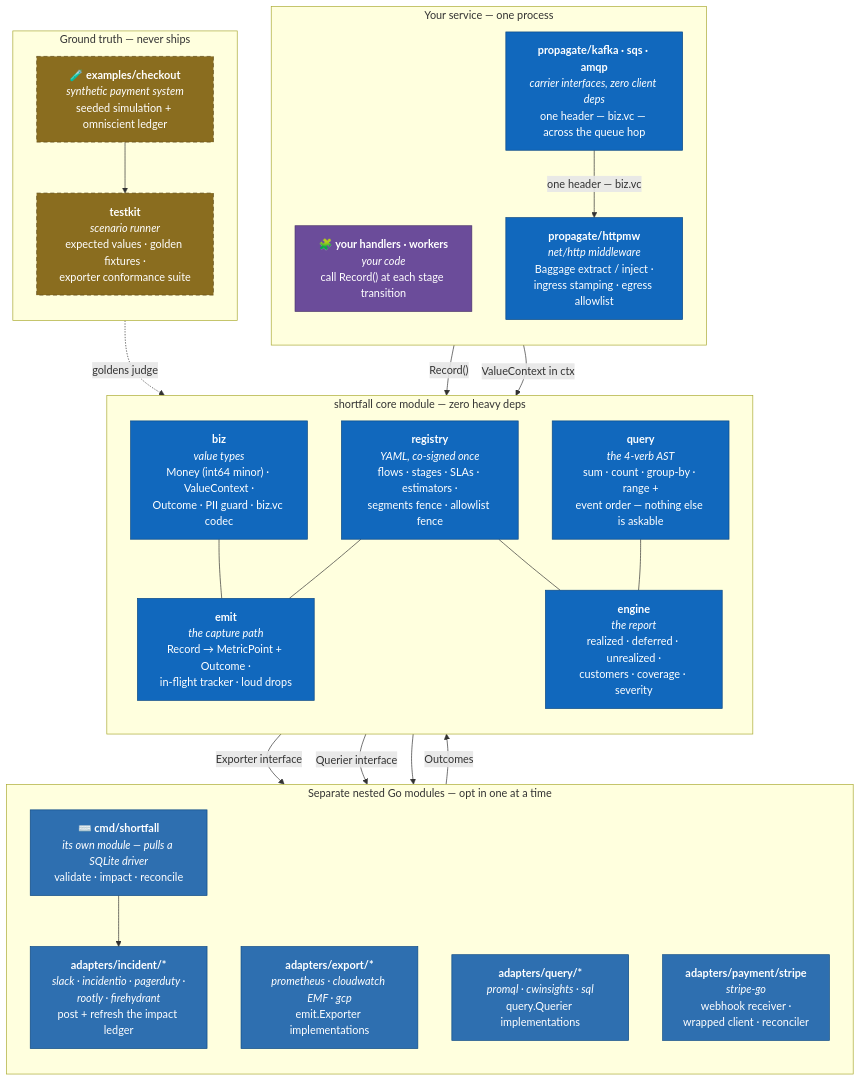
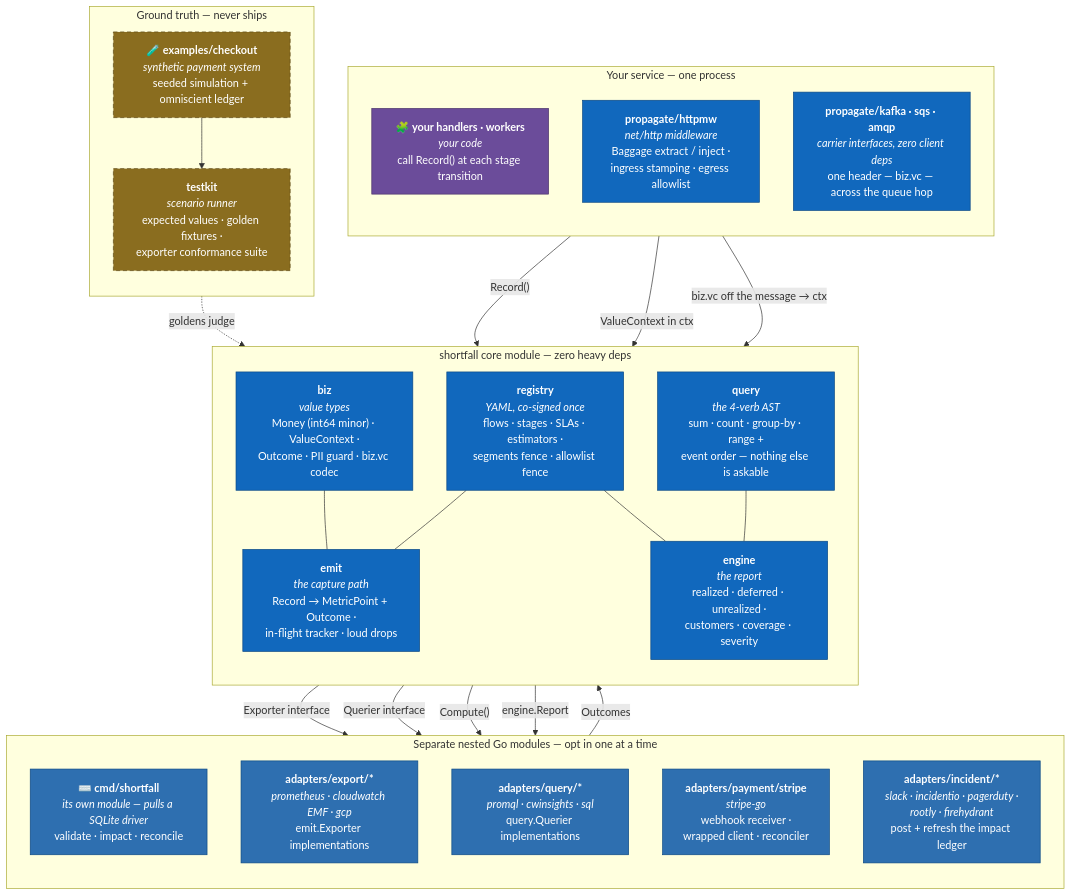
One commit to NightWatchEng/shortfall changed the diagram in docs/architecture/c4-l2-containers.md. Above: the diagram before and after it, drawn with Mermaid. The commit also changed other lines of this file and 3 other files, not shown here.

````diff
--- a/docs/architecture/c4-l2-containers.md
+++ b/docs/architecture/c4-l2-containers.md
@@ -13,57 +13,57 @@
 ```mermaid
 flowchart TB
     subgraph app["Your service — one process"]
         direction TB
         CODE["🧩 <b>your handlers · workers</b><br/><i>your code</i><br/>call Record() at each stage transition"]
         MW["<b>propagate/httpmw</b><br/><i>net/http middleware</i><br/>Baggage extract / inject ·<br/>ingress stamping · egress allowlist"]
         CARRIERS["<b>propagate/kafka · sqs · amqp</b><br/><i>carrier interfaces, zero client deps</i><br/>one header — biz.vc — across the queue hop"]
     end
 
     subgraph core["shortfall core module — zero heavy deps"]
         direction TB
         BIZ["<b>biz</b><br/><i>value types</i><br/>Money (int64 minor) · ValueContext ·<br/>Outcome · PII guard · biz.vc codec"]
         REG["<b>registry</b><br/><i>YAML, co-signed once</i><br/>flows · stages · SLAs · estimators ·<br/>segments fence · allowlist fence"]
         EMIT["<b>emit</b><br/><i>the capture path</i><br/>Record → MetricPoint + Outcome ·<br/>in-flight tracker · loud drops"]
         QUERY["<b>query</b><br/><i>the 4-verb AST</i><br/>sum · count · group-by · range +<br/>event order — nothing else is askable"]
         ENGINE["<b>engine</b><br/><i>the report</i><br/>realized · deferred · unrealized ·<br/>customers · coverage · severity"]
     end
 
     subgraph optin["Separate nested Go modules — opt in one at a time"]
         direction TB
         CLI["⌨️ <b>cmd/shortfall</b><br/><i>its own module — pulls a SQLite driver</i><br/>validate · impact · reconcile"]
         EXP["<b>adapters/export/*</b><br/><i>prometheus · cloudwatch EMF · gcp</i><br/>emit.Exporter implementations"]
         QAD["<b>adapters/query/*</b><br/><i>promql · cwinsights · sql</i><br/>query.Querier implementations"]
         PAY["<b>adapters/payment/stripe</b><br/><i>stripe-go</i><br/>webhook receiver ·<br/>wrapped client · reconciler"]
         INC["<b>adapters/incident/*</b><br/><i>slack · incidentio · pagerduty ·<br/>rootly · firehydrant</i><br/>post + refresh the impact ledger"]
     end
 
     subgraph verify["Ground truth — never ships"]
         direction TB
         HARNESS["🧪 <b>examples/checkout</b><br/><i>synthetic payment system</i><br/>seeded simulation + omniscient ledger"]
         TESTKIT["<b>testkit</b><br/><i>scenario runner</i><br/>expected values · golden fixtures ·<br/>exporter conformance suite"]
     end
 
     CODE -->|"Record()"| EMIT
     MW -->|"ValueContext in ctx"| EMIT
-    CARRIERS -->|"one header — biz.vc"| MW
+    CARRIERS -->|"biz.vc off the message → ctx"| EMIT
     BIZ --- EMIT
     REG --- EMIT
     EMIT -->|"Exporter interface"| EXP
     ENGINE -->|"Querier interface"| QAD
     REG --- ENGINE
     QUERY --- ENGINE
     PAY -->|"Outcomes"| EMIT
-    ENGINE --> CLI
-    CLI --> INC
+    ENGINE -->|"Compute()"| CLI
+    ENGINE -->|"engine.Report"| INC
     HARNESS --> TESTKIT
     TESTKIT -.->|"goldens judge"| ENGINE
 
     classDef yours   fill:#6b4c9a,stroke:#4a3369,color:#fff;
     classDef core    fill:#1168bd,stroke:#0b4884,color:#fff;
     classDef optin   fill:#2e6fb0,stroke:#0b4884,color:#fff;
     classDef harness fill:#8a6d1f,stroke:#5c4814,color:#fff,stroke-dasharray:6 4;
     class CODE yours;
     class MW,CARRIERS,BIZ,REG,EMIT,QUERY,ENGINE core;
     class CLI,EXP,QAD,PAY,INC optin;
     class HARNESS,TESTKIT harness;
 ```
````
